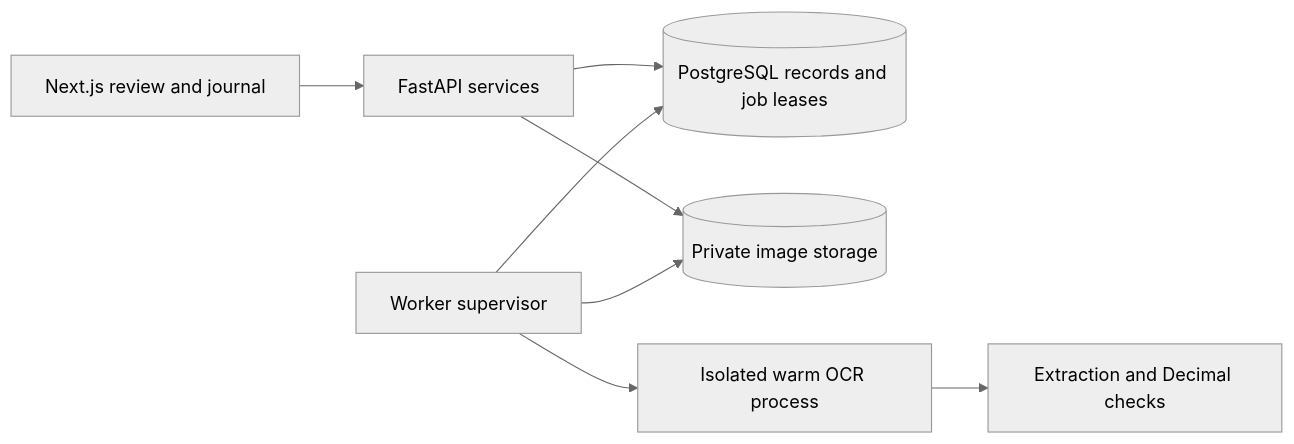
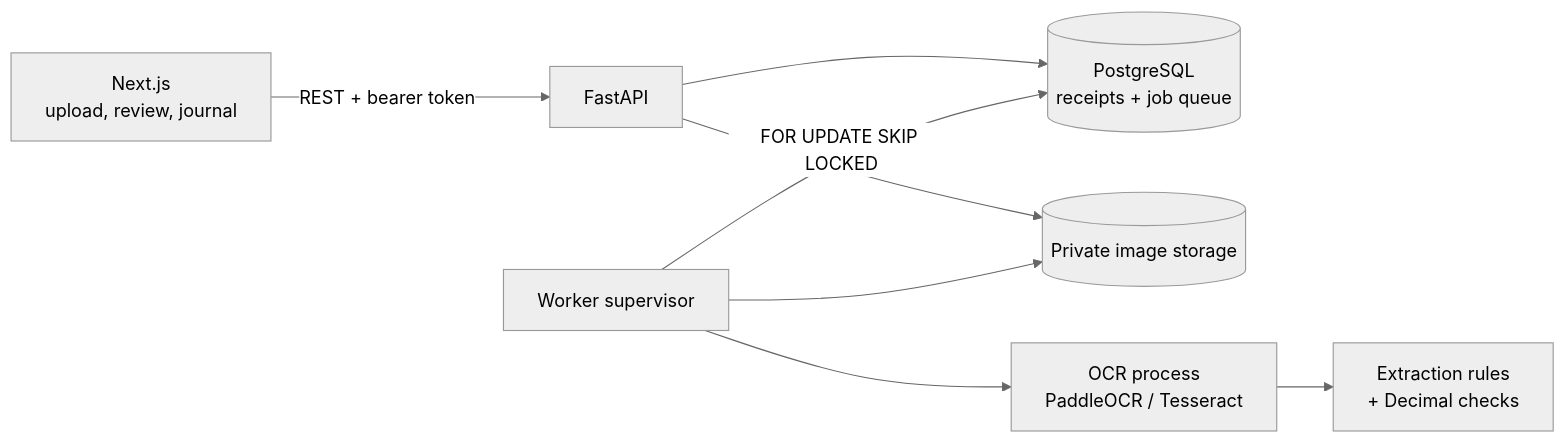
Before and after one commit to Jomesly/Resiq: the diagram in README.md, drawn with Mermaid (neutral theme). The commit also changed other lines of this file and 8 other files, not shown here.

````diff
--- a/README.md
+++ b/README.md
@@ -69,10 +70,10 @@
 ```mermaid
 flowchart LR
-  UI[Next.js review and journal] --> API[FastAPI services]
-  API --> PG[(PostgreSQL records and job leases)]
-  API --> Files[(Private image storage)]
-  Worker[Worker supervisor] --> PG
+  UI["Next.js<br/>upload, review, journal"] -->|REST + bearer token| API["FastAPI"]
+  API --> PG[("PostgreSQL<br/>receipts + job queue")]
+  API --> Files[("Private image storage")]
+  Worker["Worker supervisor"] -->|FOR UPDATE SKIP LOCKED| PG
   Worker --> Files
-  Worker --> OCR[Isolated warm OCR process]
-  OCR --> Rules[Extraction and Decimal checks]
+  Worker --> OCR["OCR process<br/>PaddleOCR / Tesseract"]
+  OCR --> Rules["Extraction rules<br/>+ Decimal checks"]
 ```
````
